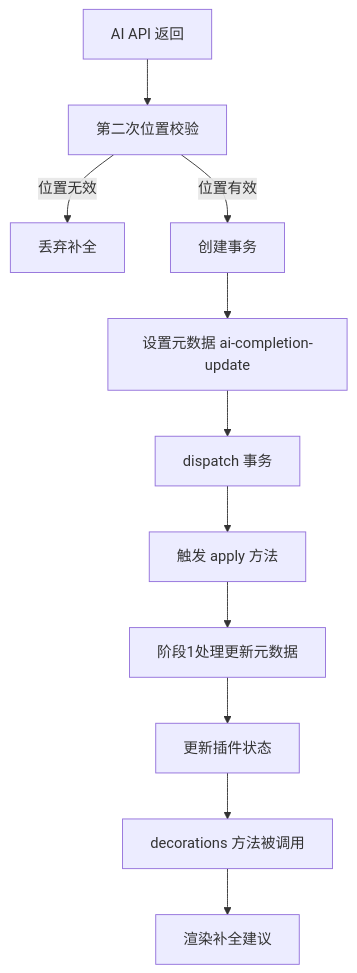
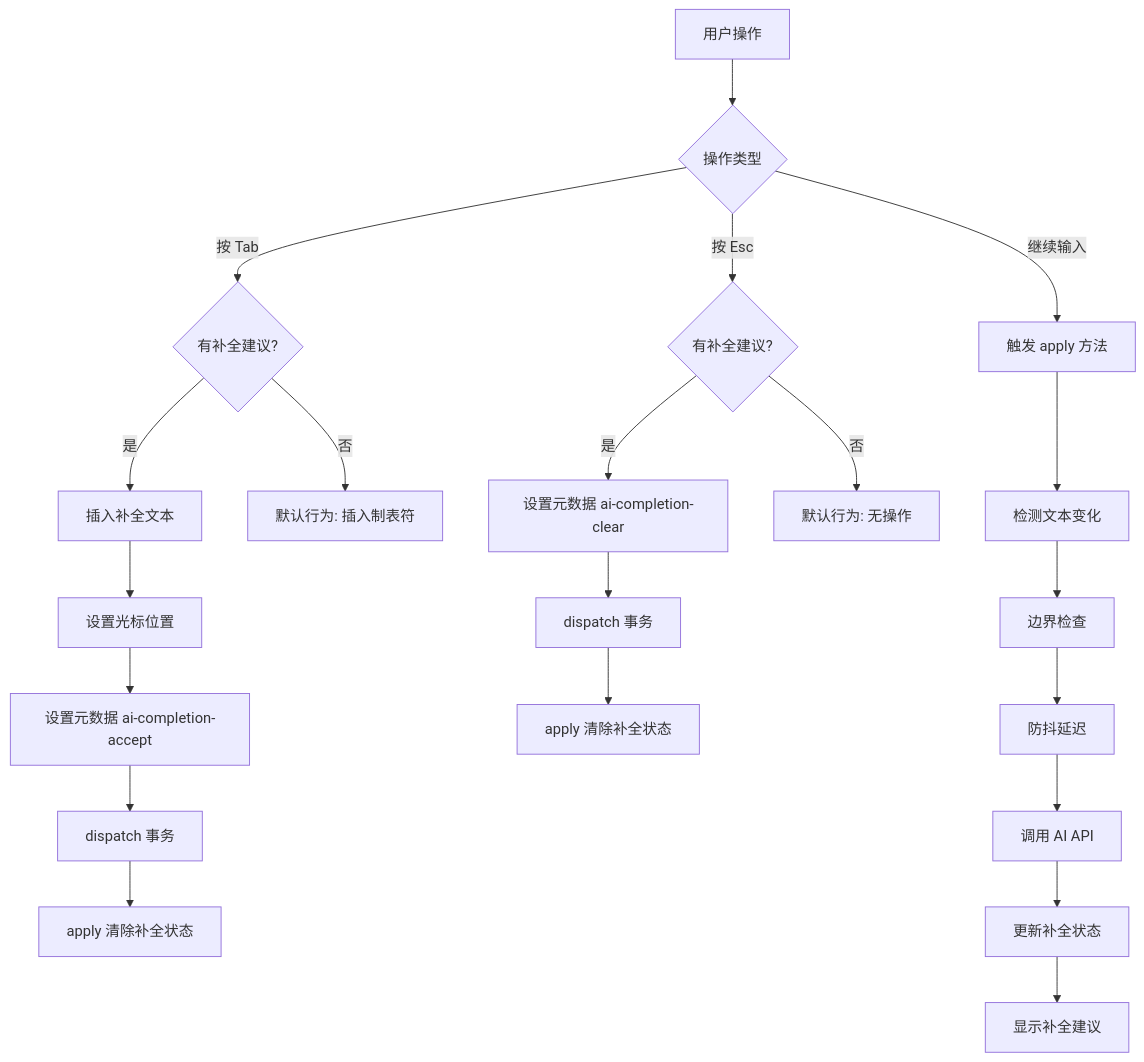
The second of 2 diagrams in docs/ai/AI Copilot.md (flawlessv/Spring-Lament-Blog), drawn with Mermaid before and after one commit. The commit also changed other lines of this file, not shown here.

Commit message:
docs: refine AI completion documentation to focus on the implementation of non-intrusive rendering using ProseMirror, detailing user interaction processes, challenges faced, and solutions derived from VSCode's virtual text mechanism

````diff
--- a/docs/ai/AI Copilot.md
+++ b/docs/ai/AI Copilot.md
@@ -532,13 +290,28 @@
 ```mermaid
 graph TB
-    A[AI API 返回] --> B[第二次位置校验]
-    B -->|位置无效| C[丢弃补全]
-    B -->|位置有效| D[创建事务]
-    D --> E[设置元数据 ai-completion-update]
-    E --> F[dispatch 事务]
-    F --> G[触发 apply 方法]
-    G --> H[阶段1处理更新元数据]
-    H --> I[更新插件状态]
-    I --> J[decorations 方法被调用]
-    J --> K[渲染补全建议]
+    A[用户操作] --> B{操作类型}
+    B -->|按 Tab| C{有补全建议?}
+    B -->|按 Esc| D{有补全建议?}
+    B -->|继续输入| E[触发 apply 方法]
+
+    C -->|是| F[插入补全文本]
+    F --> G[设置光标位置]
+    G --> H[设置元数据 ai-completion-accept]
+    H --> I[dispatch 事务]
+    I --> J[apply 清除补全状态]
+
+    C -->|否| K[默认行为: 插入制表符]
+
+    D -->|是| L[设置元数据 ai-completion-clear]
+    L --> M[dispatch 事务]
+    M --> N[apply 清除补全状态]
+
+    D -->|否| O[默认行为: 无操作]
+
+    E --> P[检测文本变化]
+    P --> Q[边界检查]
+    Q --> R[防抖延迟]
+    R --> S[调用 AI API]
+    S --> T[更新补全状态]
+    T --> U[显示补全建议]
 ```
````
